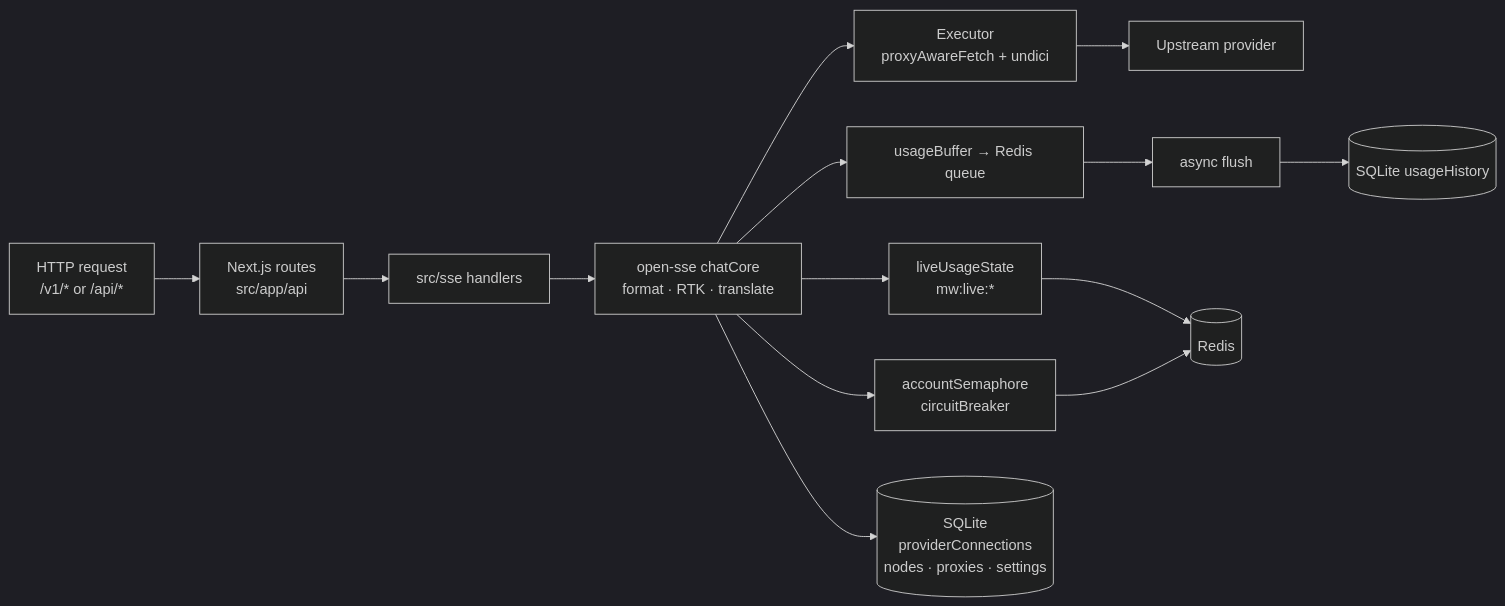
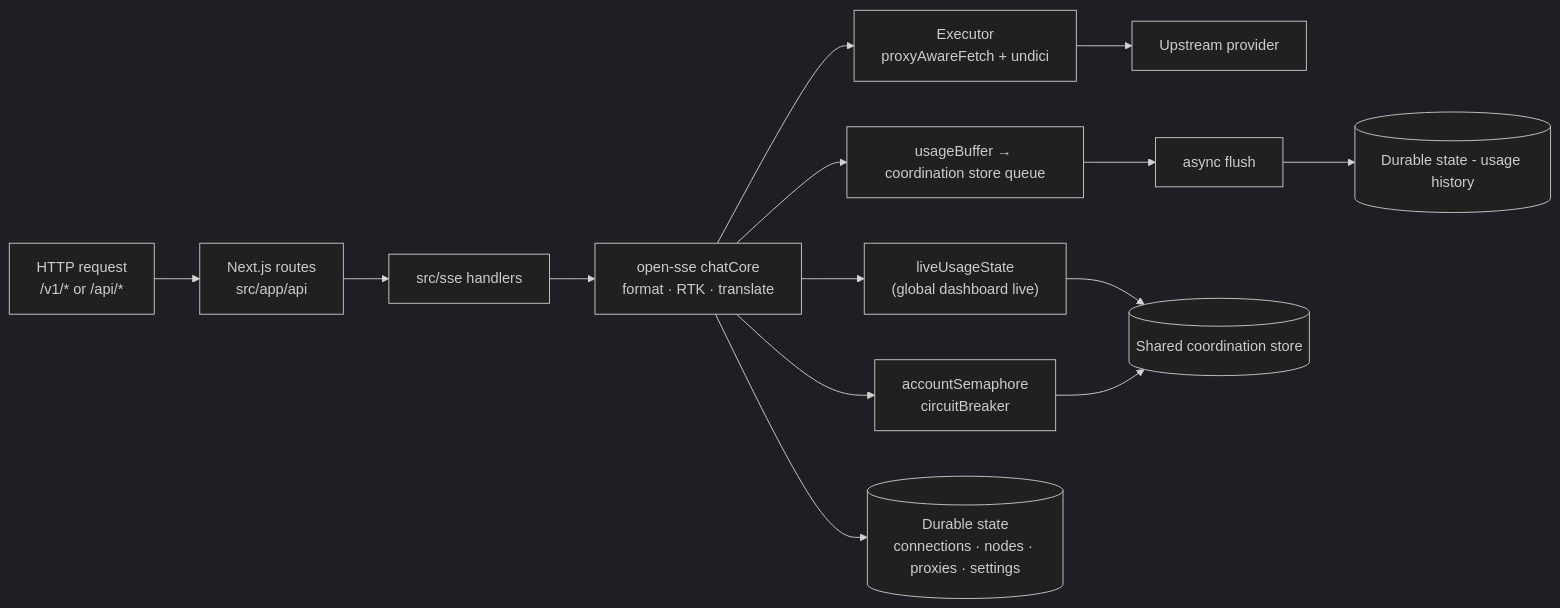
One commit to fazulfi/9router-mw changed the second of 4 diagrams in docs/ARCHITECTURE-MW.md. Above: the diagram before and after it, drawn with Mermaid (dark theme). The commit also changed other lines of this file and 1 other file, not shown here.

First line of the commit message:
docs(architecture): correct retry/fan-out semantics and remove deployment internals

````diff
--- a/docs/ARCHITECTURE-MW.md
+++ b/docs/ARCHITECTURE-MW.md
@@ -94,16 +89,16 @@
 ```mermaid
 flowchart LR
  REQ["HTTP request\n/v1/* or /api/*"] --> NEXT["Next.js routes\nsrc/app/api"]
  NEXT --> SSE["src/sse handlers"]
  SSE --> CORE["open-sse chatCore\nformat · RTK · translate"]
  CORE --> EXEC["Executor\nproxyAwareFetch + undici"]
  EXEC --> UP["Upstream provider"]
- CORE --> LIVE["liveUsageState\nmw:live:*"]
- CORE --> UB["usageBuffer → Redis queue"]
+ CORE --> LIVE["liveUsageState\n(global dashboard live)"]
+ CORE --> UB["usageBuffer → coordination store queue"]
  UB --> FLUSH["async flush"]
- FLUSH --> SQL[("SQLite usageHistory")]
- LIVE --> R[("Redis")]
+ FLUSH --> SQL[("Durable state - usage history")]
+ LIVE --> R[("Shared coordination store")]
  CORE --> SEM["accountSemaphore\ncircuitBreaker"]
  SEM --> R
- CORE --> SQL2[("SQLite\nproviderConnections\nnodes · proxies · settings")]
+ CORE --> SQL2[("Durable state\nconnections · nodes · proxies · settings")]
 ```
````
